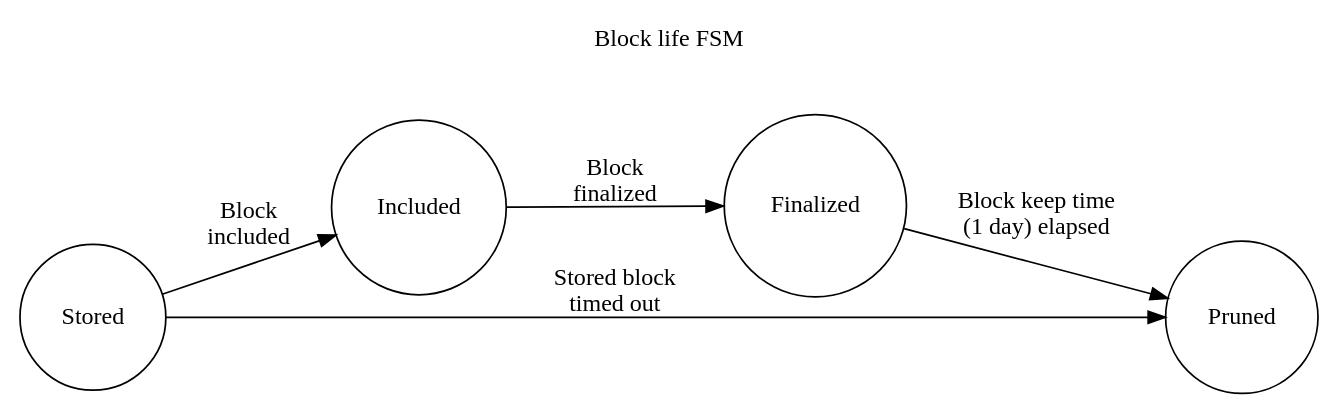
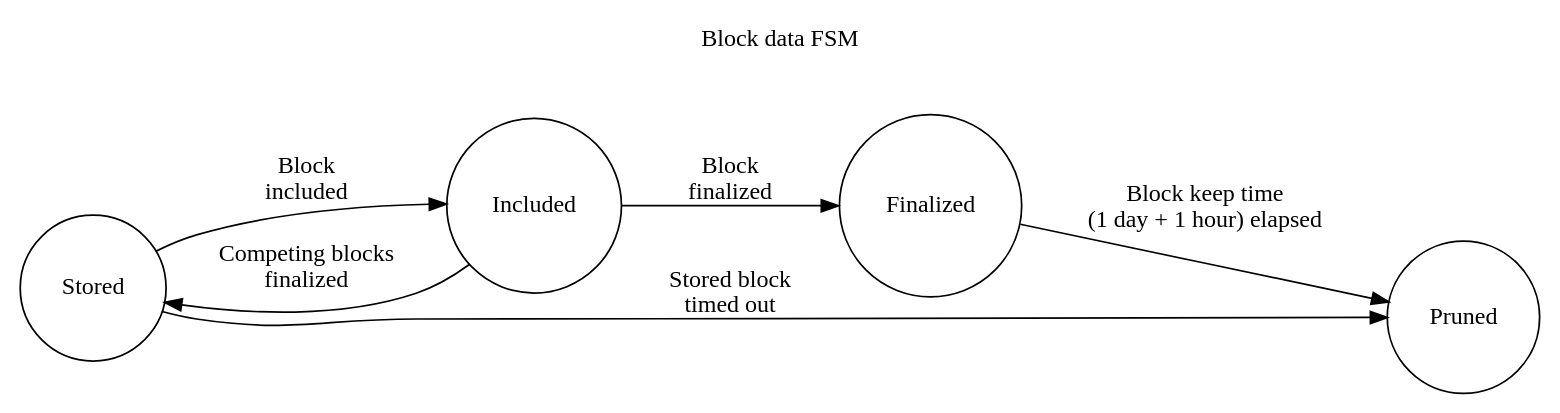
The diagram in roadmap/implementers-guide/src/node/utility/availability-store.md (paritytech/polkadot), drawn with Graphviz before and after one commit. The commit also changed other lines of this file, not shown here.

````diff
--- a/roadmap/implementers-guide/src/node/utility/availability-store.md
+++ b/roadmap/implementers-guide/src/node/utility/availability-store.md
@@ -22,17 +22,18 @@
 ```dot process
 digraph {
-	label = "Block life FSM\n\n\n";
+	label = "Block data FSM\n\n\n";
 	labelloc = "t";
 	rankdir="LR";
 
 	st [label = "Stored"; shape = circle]
 	inc [label = "Included"; shape = circle]
 	fin [label = "Finalized"; shape = circle]
 	prn [label = "Pruned"; shape = circle]
 
 	st -> inc [label = "Block\nincluded"]
 	st -> prn [label = "Stored block\ntimed out"]
 	inc -> fin [label = "Block\nfinalized"]
-	fin -> prn [label = "Block keep time\n(1 day) elapsed"]
+  inc -> st [label = "Competing blocks\nfinalized"]
+	fin -> prn [label = "Block keep time\n(1 day + 1 hour) elapsed"]
 }
 ```
````
